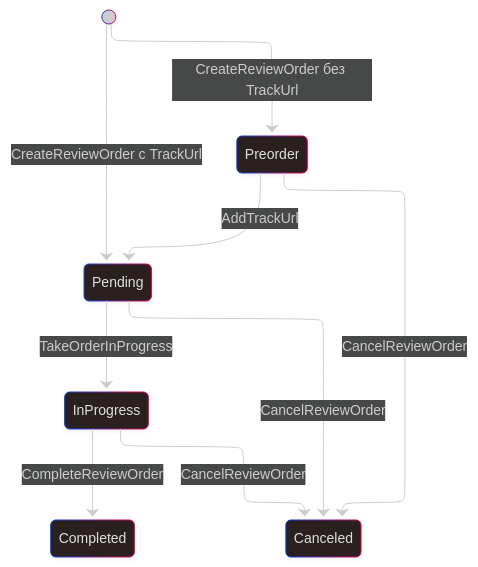
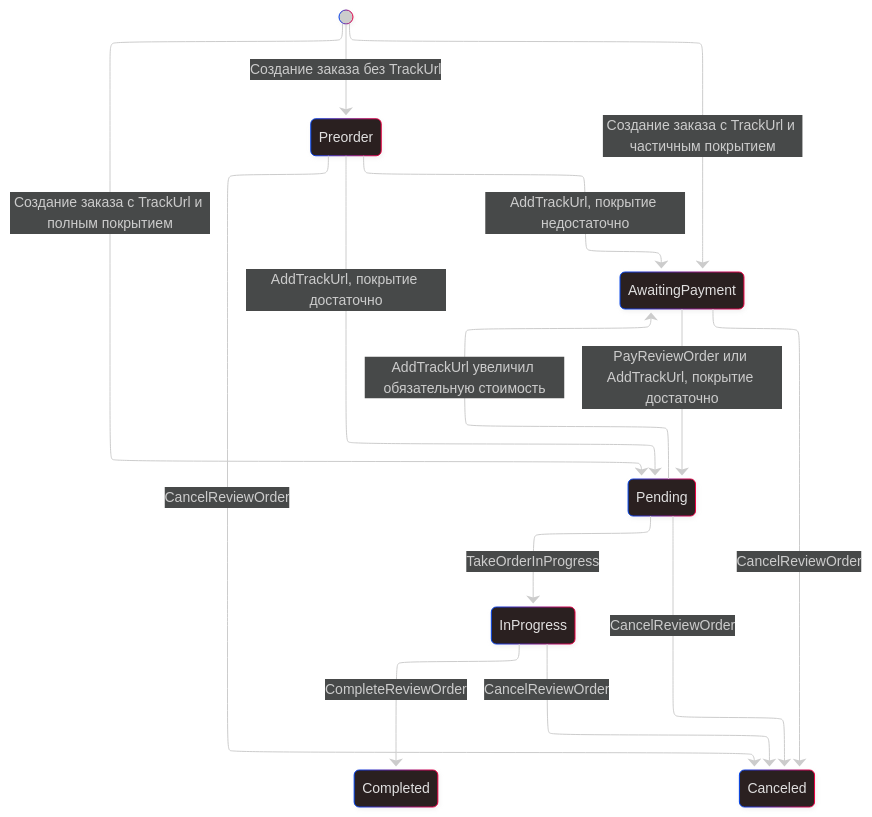
One commit to farymacomposer/webapp changed the diagram in backend/use-cases/review-order/review-order-status-graph.md. Above: the diagram before and after it, drawn with Mermaid. The commit also changed other lines of this file and 49 other files, not shown here.

````diff
--- a/backend/use-cases/review-order/review-order-status-graph.md
+++ b/backend/use-cases/review-order/review-order-status-graph.md
@@ -10,18 +10,23 @@
 ```mermaid
 ---
 config:
   layout: elk
   theme: neo-dark
   look: neo
 ---
 stateDiagram
   direction TB
-  [*] --> Preorder:CreateReviewOrder без TrackUrl
-  [*] --> Pending:CreateReviewOrder с TrackUrl
-  Preorder --> Pending:AddTrackUrl
+  [*] --> Preorder:Создание заказа без TrackUrl
+  [*] --> Pending:Создание заказа с TrackUrl и полным покрытием
+  [*] --> AwaitingPayment:Создание заказа с TrackUrl и частичным покрытием
+  Preorder --> Pending:AddTrackUrl, покрытие достаточно
+  Preorder --> AwaitingPayment:AddTrackUrl, покрытие недостаточно
+  AwaitingPayment --> Pending:PayReviewOrder или AddTrackUrl, покрытие достаточно
+  Pending --> AwaitingPayment:AddTrackUrl увеличил обязательную стоимость
   Pending --> InProgress:TakeOrderInProgress
   InProgress --> Completed:CompleteReviewOrder
   Preorder --> Canceled:CancelReviewOrder
   Pending --> Canceled:CancelReviewOrder
+  AwaitingPayment --> Canceled:CancelReviewOrder
   InProgress --> Canceled:CancelReviewOrder
 ```
````
